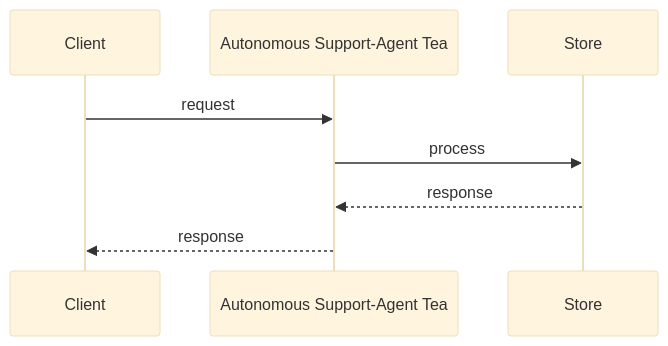
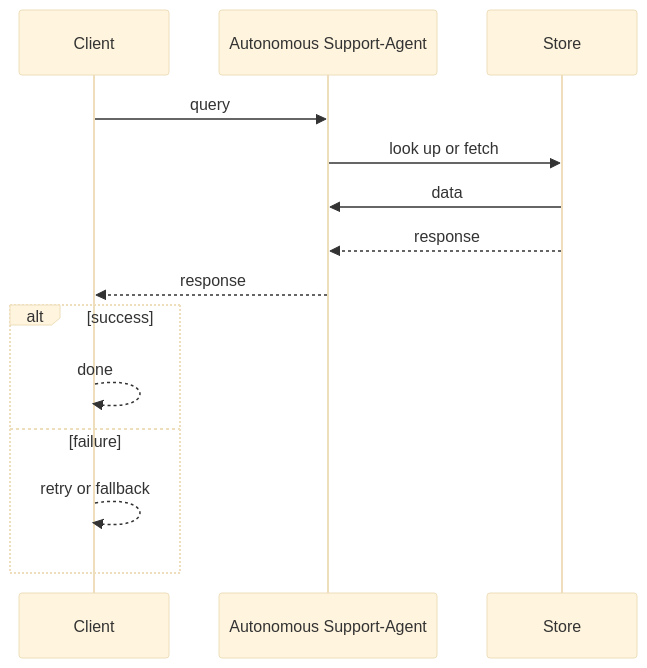
Before and after one commit to RIT-MESH/system-design-mastery: the second of 3 diagrams in case-studies/ai-systems/autonomous-support-agent-team.md, drawn with Mermaid (base theme). The commit also changed other lines of this file and 215 other files, not shown here.

First line of the commit message:
Complete all remaining work: expand case studies, add 13 AI case studies, fix diagrams, status to Complete

````diff
--- a/case-studies/ai-systems/autonomous-support-agent-team.md
+++ b/case-studies/ai-systems/autonomous-support-agent-team.md
@@ -27,11 +28,17 @@
 ```mermaid
 %% created-for: system-design-mastery
 sequenceDiagram
   participant P0 as Client
-  participant P1 as Autonomous Support-Agent Tea
+  participant P1 as Autonomous Support-Agent
   participant P2 as Store
-  P0 ->> P1: request
-  P1 ->> P2: process
+  P0 ->> P1: query
+  P1 ->> P2: look up or fetch
+  P2 ->> P1: data
   P2 -->> P1: response
   P1 -->> P0: response
+  alt success
+    P0 -->> P0: done
+  else failure
+    P0 -->> P0: retry or fallback
+  end
 ```
````
